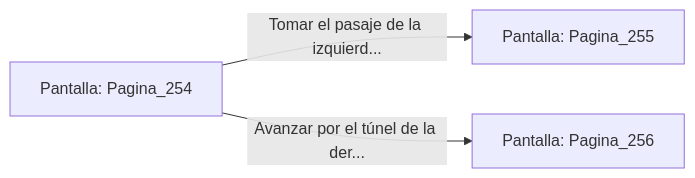
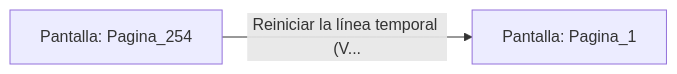
One commit to metsuke/mpl changed the diagram in sample/eligejuego-vault/Pantalla_Pagina_254.md. Above: the diagram before and after it, drawn with Mermaid. The commit also changed other lines of this file and 635 other files, not shown here.

First line of the commit message:
fix: añadir Pagina_1 como pantalla inicial en capitulo_01.mpl

````diff
--- a/sample/eligejuego-vault/Pantalla_Pagina_254.md
+++ b/sample/eligejuego-vault/Pantalla_Pagina_254.md
@@ -20,6 +17,5 @@
 ```mermaid
 graph LR
     P_Pagina_254["Pantalla: Pagina_254"]
-    P_Pagina_254 -->|"Tomar el pasaje de la izquierd..."| P_Pagina_255["Pantalla: Pagina_255"]
-    P_Pagina_254 -->|"Avanzar por el túnel de la der..."| P_Pagina_256["Pantalla: Pagina_256"]
+    P_Pagina_254 -->|"Reiniciar la línea temporal (V..."| P_Pagina_1["Pantalla: Pagina_1"]
 ```
````
